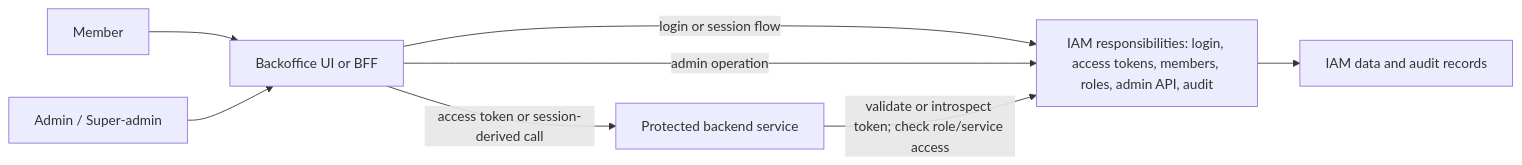
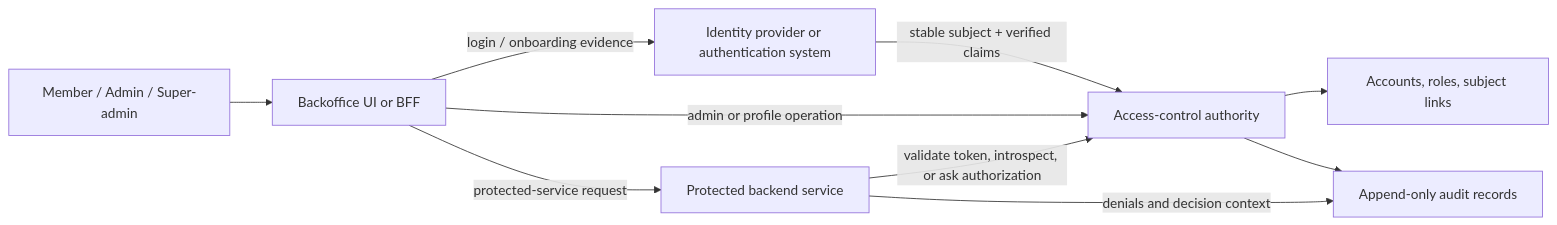
The diagram in docs/architecture/options.md (panaC/edrlab-backoffice-auth-study), drawn with Mermaid before and after one commit. The commit also changed other lines of this file and 2 other files, not shown here.

Commit message:
Refactor architecture options for Phase 2 review

````diff
--- a/docs/architecture/options.md
+++ b/docs/architecture/options.md
@@ -43,17 +66,20 @@
 ```mermaid
 flowchart LR
-    Admin["Admin / Super-admin"]
-    Member["Member"]
-    Backoffice["Backoffice UI or BFF"]
-    IAM["IAM responsibilities: login, access tokens, members, roles, admin API, audit"]
-    API["Protected backend service"]
-    Data["IAM data and audit records"]
+  User["Member / Admin / Super-admin"]
+  Client["Backoffice UI or BFF"]
+  IdP["Identity provider or authentication system"]
+  AC["Access-control authority"]
+  Store["Accounts, roles, subject links"]
+  Audit["Append-only audit records"]
+  Service["Protected backend service"]
 
-    Member --> Backoffice
-    Admin --> Backoffice
-    Backoffice -->|"login or session flow"| IAM
-    Backoffice -->|"admin operation"| IAM
-    IAM --> Data
-    Backoffice -->|"access token or session-derived call"| API
-    API -->|"validate or introspect token; check role/service access"| IAM
+  User --> Client
+  Client -->|"login / onboarding evidence"| IdP
+  IdP -->|"stable subject + verified claims"| AC
+  Client -->|"admin or profile operation"| AC
+  AC --> Store
+  AC --> Audit
+  Client -->|"protected-service request"| Service
+  Service -->|"validate token, introspect, or ask authorization"| AC
+  Service -->|"denials and decision context"| Audit
 ```
````
